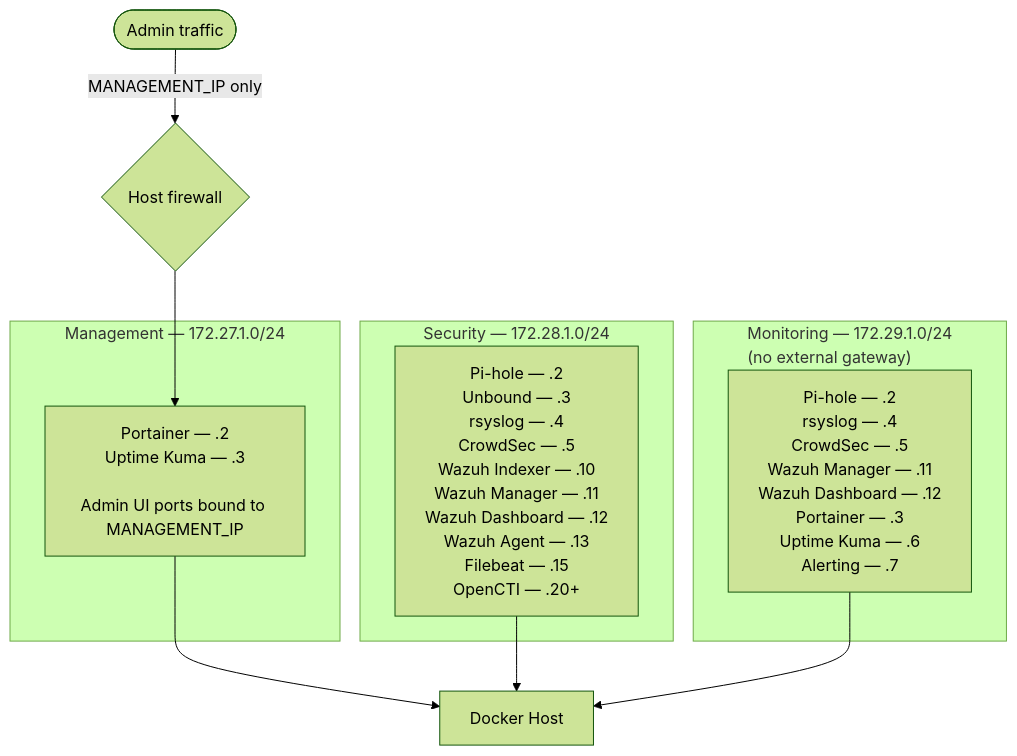
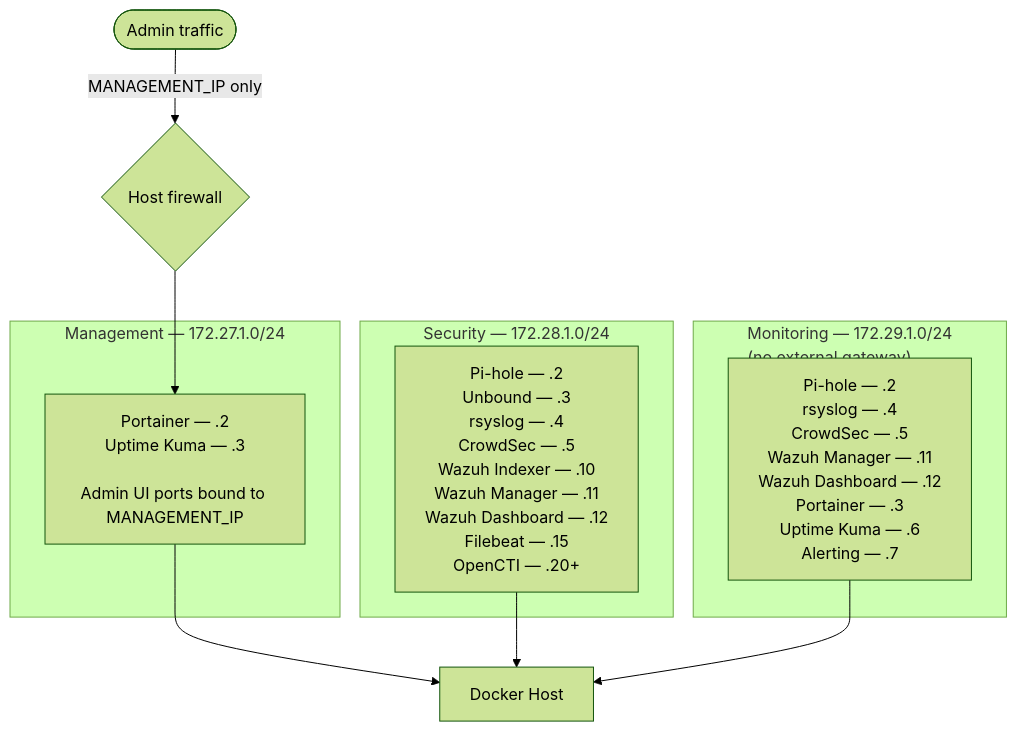
The third of 4 diagrams in docs/architecture.md (MIjashRajthala/Sentinel-stack), drawn with Mermaid (forest theme) before and after one commit. The commit also changed other lines of this file and 12 other files, not shown here.

````diff
--- a/docs/architecture.md
+++ b/docs/architecture.md
@@ -73,21 +73,21 @@
 ```mermaid
 flowchart TB
     admin(["Admin traffic"]) -->|"MANAGEMENT_IP only"| firewall{"Host firewall"}
 
     subgraph management["Management — 172.27.1.0/24"]
         management_services["Portainer — .2<br/>Uptime Kuma — .3<br/><br/>Admin UI ports bound to MANAGEMENT_IP"]
     end
 
     subgraph security["Security — 172.28.1.0/24"]
-        security_services["Pi-hole — .2<br/>Unbound — .3<br/>rsyslog — .4<br/>CrowdSec — .5<br/>Wazuh Indexer — .10<br/>Wazuh Manager — .11<br/>Wazuh Dashboard — .12<br/>Wazuh Agent — .13<br/>Filebeat — .15<br/>OpenCTI — .20+"]
+        security_services["Pi-hole — .2<br/>Unbound — .3<br/>rsyslog — .4<br/>CrowdSec — .5<br/>Wazuh Indexer — .10<br/>Wazuh Manager — .11<br/>Wazuh Dashboard — .12<br/>Filebeat — .15<br/>OpenCTI — .20+"]
     end
 
     subgraph monitoring["Monitoring — 172.29.1.0/24<br/>(no external gateway)"]
         monitoring_services["Pi-hole — .2<br/>rsyslog — .4<br/>CrowdSec — .5<br/>Wazuh Manager — .11<br/>Wazuh Dashboard — .12<br/>Portainer — .3<br/>Uptime Kuma — .6<br/>Alerting — .7"]
     end
 
     firewall --> management_services
     management_services --> docker["Docker Host"]
     security_services --> docker
     monitoring_services --> docker
 ```
````
